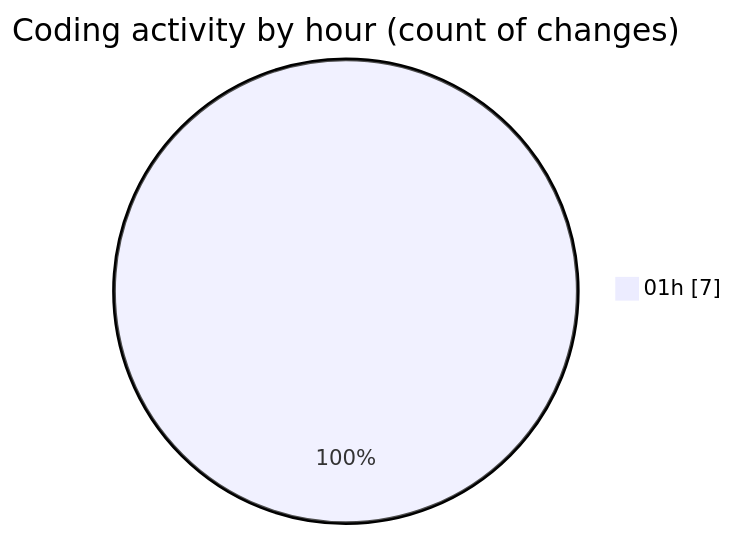
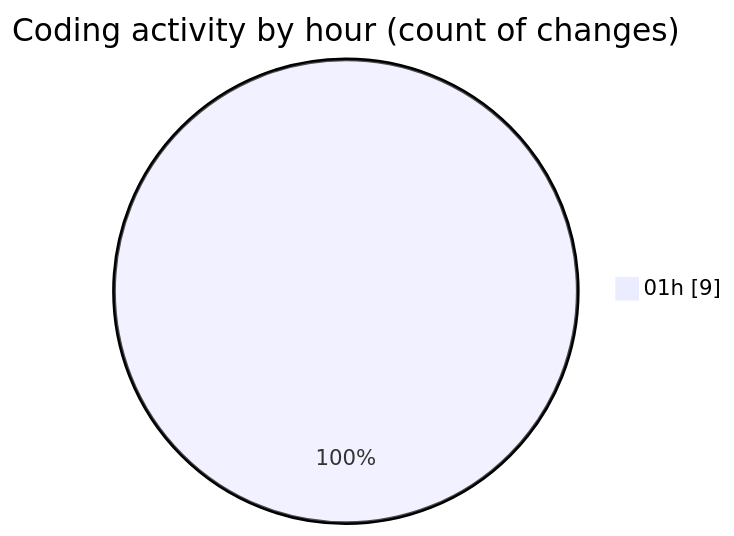
One commit to jrari/code-tracking changed the second of 2 diagrams in 2025-07-13/telebot/README.md. Above: the diagram before and after it, drawn with Mermaid. The commit also changed other lines of this file and 1 other file, not shown here.

````diff
--- a/2025-07-13/telebot/README.md
+++ b/2025-07-13/telebot/README.md
@@ -35,5 +36,5 @@
 ```mermaid
 pie showData
 title Coding activity by hour (count of changes)
-"01h" : 7
+"01h" : 9
 ```
````
